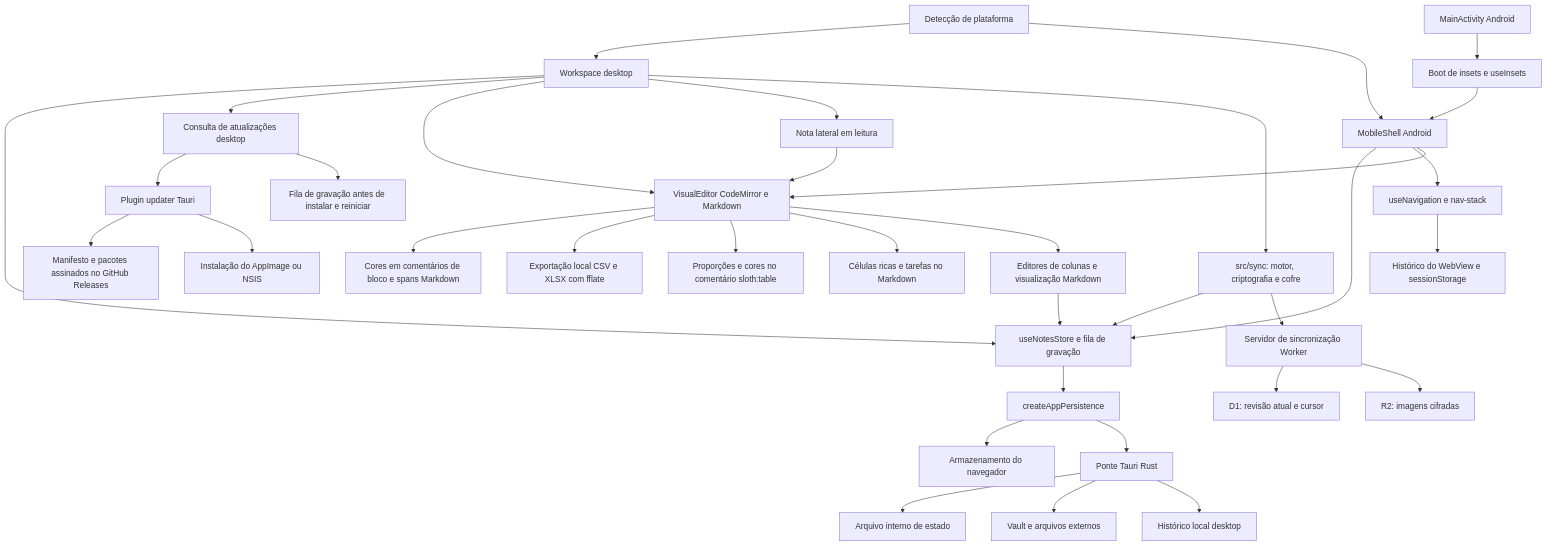
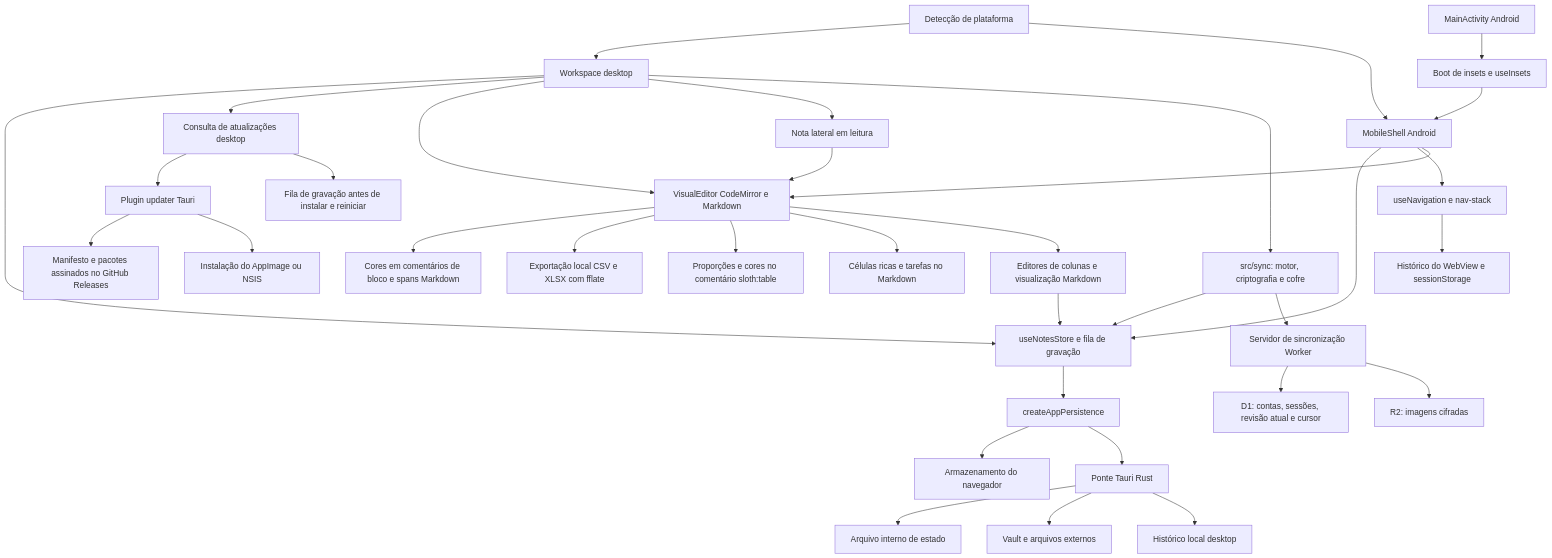
The diagram in docs/architecture.md (dougkusanagi/sloth-noter), drawn with Mermaid before and after one commit. The commit also changed other lines of this file and 32 other files, not shown here.

First line of the commit message:
feat(sync): adicionar contas com e-mail e senha

````diff
--- a/docs/architecture.md
+++ b/docs/architecture.md
@@ -6,37 +6,37 @@
 ```mermaid
 flowchart TD
   platform[Detecção de plataforma] --> desktop[Workspace desktop]
   platform --> mobile[MobileShell Android]
   desktop --> store[useNotesStore e fila de gravação]
   mobile --> store
   mobile --> navigation[useNavigation e nav-stack]
   navigation --> browser[Histórico do WebView e sessionStorage]
   desktop --> updates[Consulta de atualizações desktop]
   updates --> updater[Plugin updater Tauri]
   updater --> github[Manifesto e pacotes assinados no GitHub Releases]
   updater --> binary[Instalação do AppImage ou NSIS]
   updates --> saves[Fila de gravação antes de instalar e reiniciar]
   desktop --> editor[VisualEditor CodeMirror e Markdown]
   desktop --> sideNote[Nota lateral em leitura]
   sideNote --> editor
   editor --> colors[Cores em comentários de bloco e spans Markdown]
   mobile --> editor
   editor --> spreadsheets[Exportação local CSV e XLSX com fflate]
   editor --> tableSizes[Proporções e cores no comentário sloth:table]
   editor --> richCells[Células ricas e tarefas no Markdown]
   editor --> columns[Editores de colunas e visualização Markdown]
   columns --> store
   store --> runtime[createAppPersistence]
   runtime --> web[Armazenamento do navegador]
   runtime --> native[Ponte Tauri Rust]
   native --> state[Arquivo interno de estado]
   native --> vault[Vault e arquivos externos]
   native --> history[Histórico local desktop]
   android[MainActivity Android] --> insets[Boot de insets e useInsets]
   insets --> mobile
   desktop --> syncEngine[src/sync: motor, criptografia e cofre]
   syncEngine --> store
   syncEngine --> syncServer[Servidor de sincronização Worker]
-  syncServer --> d1[D1: revisão atual e cursor]
+  syncServer --> d1[D1: contas, sessões, revisão atual e cursor]
   syncServer --> r2[R2: imagens cifradas]
 ```
````
